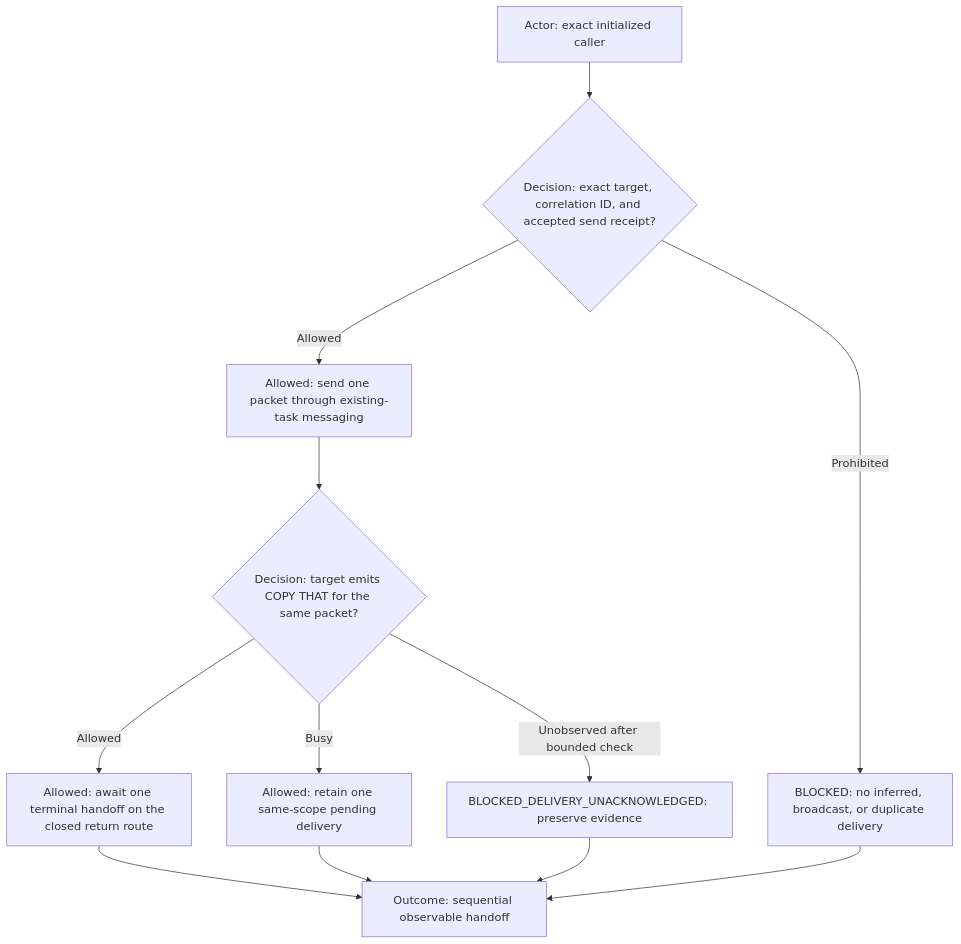
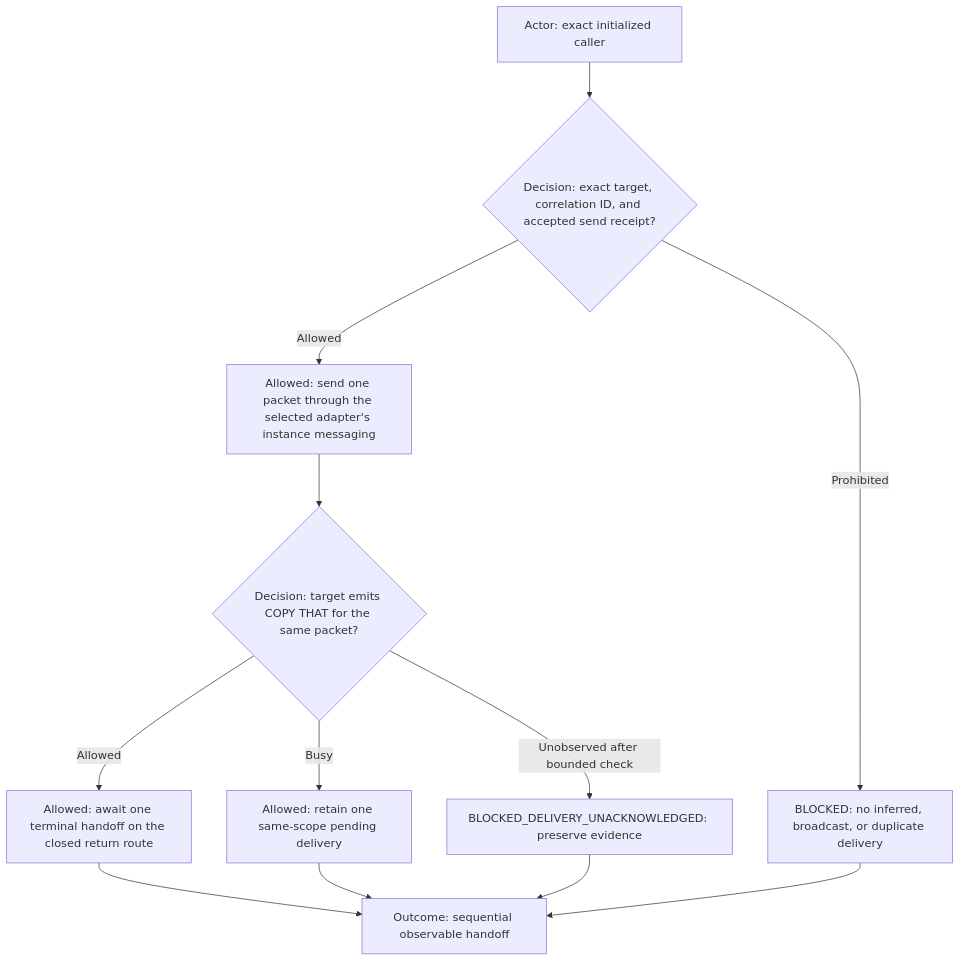
Diagram 11 of 17 in ai-workflows/agents.md (starodubtsevconsulting/ai-fleas), drawn with Mermaid before and after one commit. The commit also changed other lines of this file and 15 other files, not shown here.

````diff
--- a/ai-workflows/agents.md
+++ b/ai-workflows/agents.md
@@ -255,14 +258,14 @@
 ```mermaid
 flowchart TD
   Actor["Actor: exact initialized caller"] --> Decision{"Decision: exact target, correlation ID, and accepted send receipt?"}
-  Decision -->|Allowed| Send["Allowed: send one packet through existing-task messaging"]
+  Decision -->|Allowed| Send["Allowed: send one packet through the selected adapter's instance messaging"]
   Decision -->|Prohibited| Blocked["BLOCKED: no inferred, broadcast, or duplicate delivery"]
   Send --> Ack{"Decision: target emits COPY THAT for the same packet?"}
   Ack -->|Allowed| Work["Allowed: await one terminal handoff on the closed return route"]
   Ack -->|Busy| Wait["Allowed: retain one same-scope pending delivery"]
   Ack -->|Unobserved after bounded check| DeliveryBlocked["BLOCKED_DELIVERY_UNACKNOWLEDGED: preserve evidence"]
   Work --> Outcome["Outcome: sequential observable handoff"]
   Wait --> Outcome
   Blocked --> Outcome
   DeliveryBlocked --> Outcome
 ```
````
